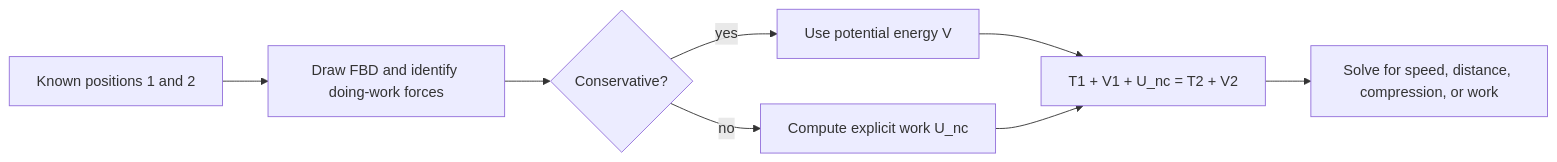
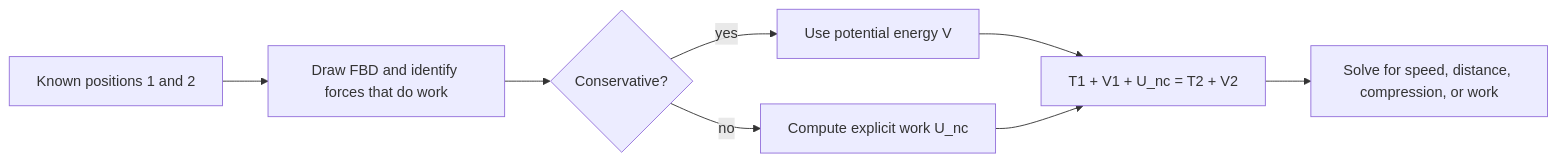
One commit to justinbrianhwang/SJ-wiki changed the diagram in docs/physics/mechanics/work-energy-methods.md. Above: the diagram before and after it, drawn with Mermaid. The commit also changed other lines of this file and 955 other files, not shown here.

````diff
--- a/docs/physics/mechanics/work-energy-methods.md
+++ b/docs/physics/mechanics/work-energy-methods.md
@@ -136,10 +126,10 @@
 ```mermaid
 flowchart LR
-  A[Known positions 1 and 2] --> B[Draw FBD and identify doing-work forces]
+  A["Known positions 1 and 2"] --> B["Draw FBD and identify forces that do work"]
   B --> C{"Conservative?"}
-  C -->|yes| D[Use potential energy V]
-  C -->|no| E[Compute explicit work U_nc]
+  C -->|yes| D["Use potential energy V"]
+  C -->|no| E["Compute explicit work U_nc"]
   D --> F["T1 + V1 + U_nc = T2 + V2"]
   E --> F
   F --> G["Solve for speed, distance, compression, or work"]
 ```
````
